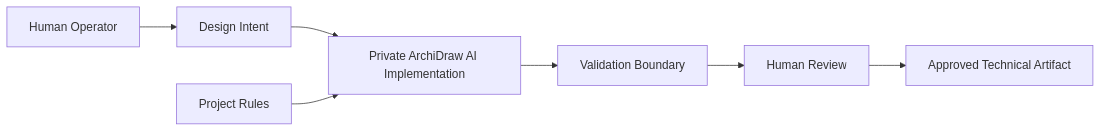
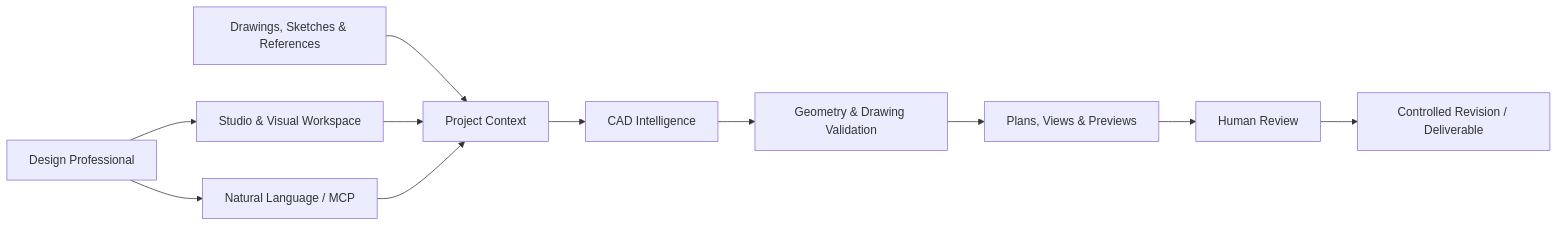
The diagram in docs/architecture.md (ArckomVanDrike/archidraw-ai-open), drawn with Mermaid before and after one commit. The commit also changed other lines of this file, not shown here.

Commit message:
docs: present ArchiDraw AI product capabilities and architecture

````diff
--- a/docs/architecture.md
+++ b/docs/architecture.md
@@ -16,9 +7,13 @@
 ```mermaid
 flowchart LR
-  Human[Human Operator] --> Input[Design Intent]
-  Input --> Core[Private ArchiDraw AI Implementation]
-  Rules[Project Rules] --> Core
-  Core --> Check[Validation Boundary]
-  Check --> Review[Human Review]
-  Review --> Output[Approved Technical Artifact]
+  U[Design Professional] --> S[Studio & Visual Workspace]
+  U --> N[Natural Language / MCP]
+  R[Drawings, Sketches & References] --> C[Project Context]
+  S --> C
+  N --> C
+  C --> D[CAD Intelligence]
+  D --> V[Geometry & Drawing Validation]
+  V --> P[Plans, Views & Previews]
+  P --> H[Human Review]
+  H --> O[Controlled Revision / Deliverable]
 ```
````
